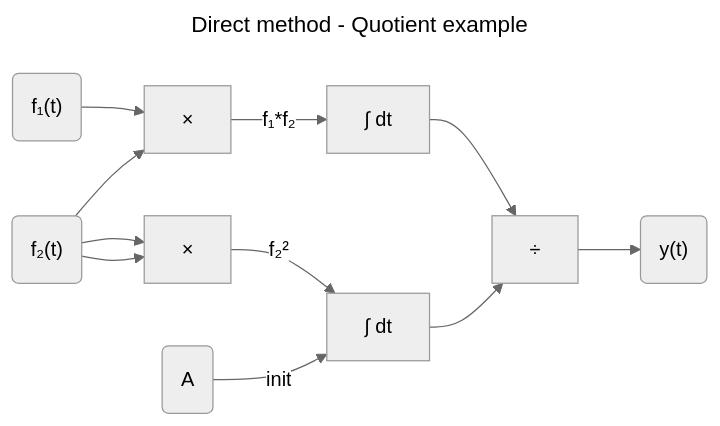
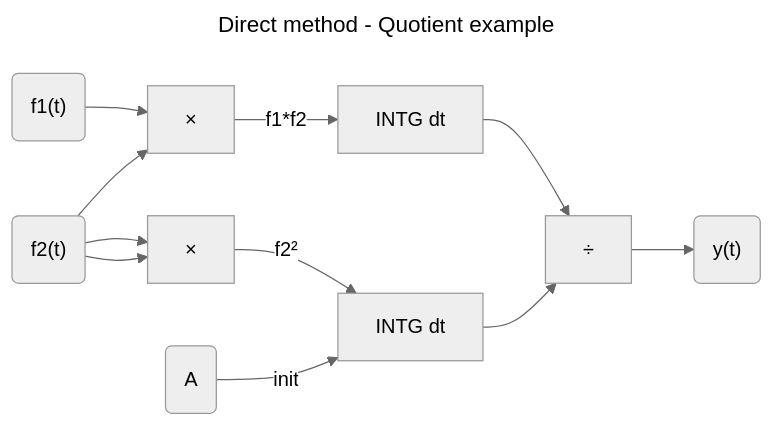
The second of 5 diagrams in SIMULATIONS.md (samo4/cheatsheet), drawn with Mermaid (neutral theme) before and after one commit. The commit also changed other lines of this file and 4 other files, not shown here.

````diff
--- a/SIMULATIONS.md
+++ b/SIMULATIONS.md
@@ -102,16 +110,16 @@
 ```mermaid
 ---
 title: Direct method - Quotient example
 ---
 graph LR
-    F1("f₁(t)") --> M1[×]
-    F2("f₂(t)") --> M1
+    F1("f1(t)") --> M1[×]
+    F2("f2(t)") --> M1
     F2 --> M2[×]
     F2 --> M2[×]
-    M1 -->|"f₁*f₂"| I1["∫ dt"]
-    M2 -->|"f₂²"| I2["∫ dt"]
+    M1 -->|"f1*f2"| I1["INTG dt"]
+    M2 -->|"f2²"| I2["INTG dt"]
     A("A") -->|init| I2
     I1 --> DIV[÷]
     I2 --> DIV
     DIV --> Y("y(t)")
 ```
````
